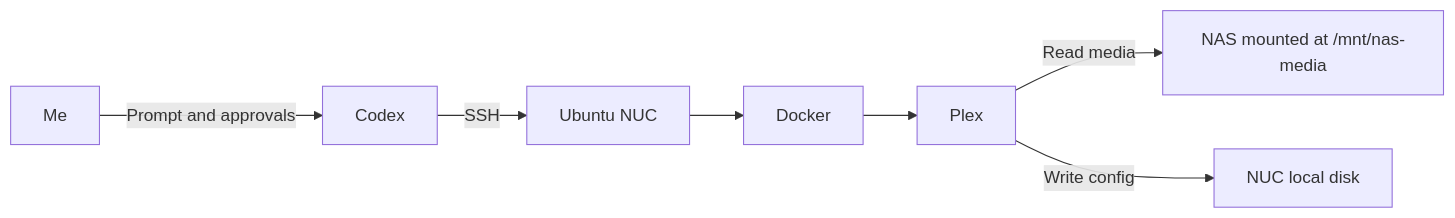
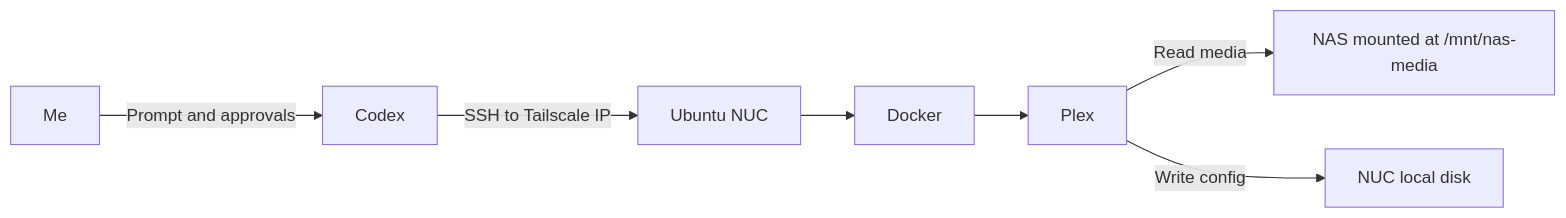
The diagram in src/content/posts/setting-up-docker-and-plex.md (haroldchoo/roldyblog), drawn with Mermaid before and after one commit.

Commit message:
Clarify Tailscale SSH in Plex plan

````diff
--- a/src/content/posts/setting-up-docker-and-plex.md
+++ b/src/content/posts/setting-up-docker-and-plex.md
@@ -29,9 +29,9 @@
 ```mermaid
 flowchart LR
   Me -->|Prompt and approvals| Codex
-  Codex -->|SSH| NUC[Ubuntu NUC]
+  Codex -->|SSH to Tailscale IP| NUC[Ubuntu NUC]
   NUC --> Docker
   Docker --> Plex
   Plex -->|Read media| NASMount[NAS mounted at /mnt/nas-media]
   Plex -->|Write config| LocalDisk[NUC local disk]
 ```
````
